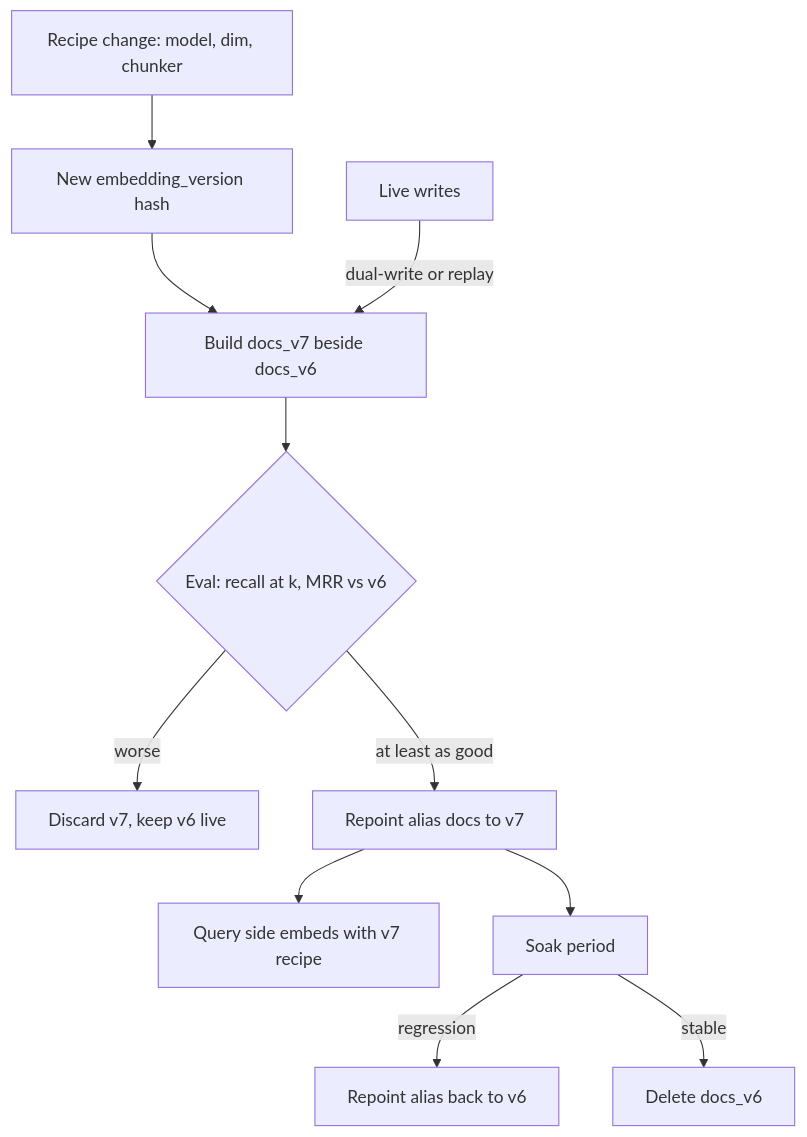
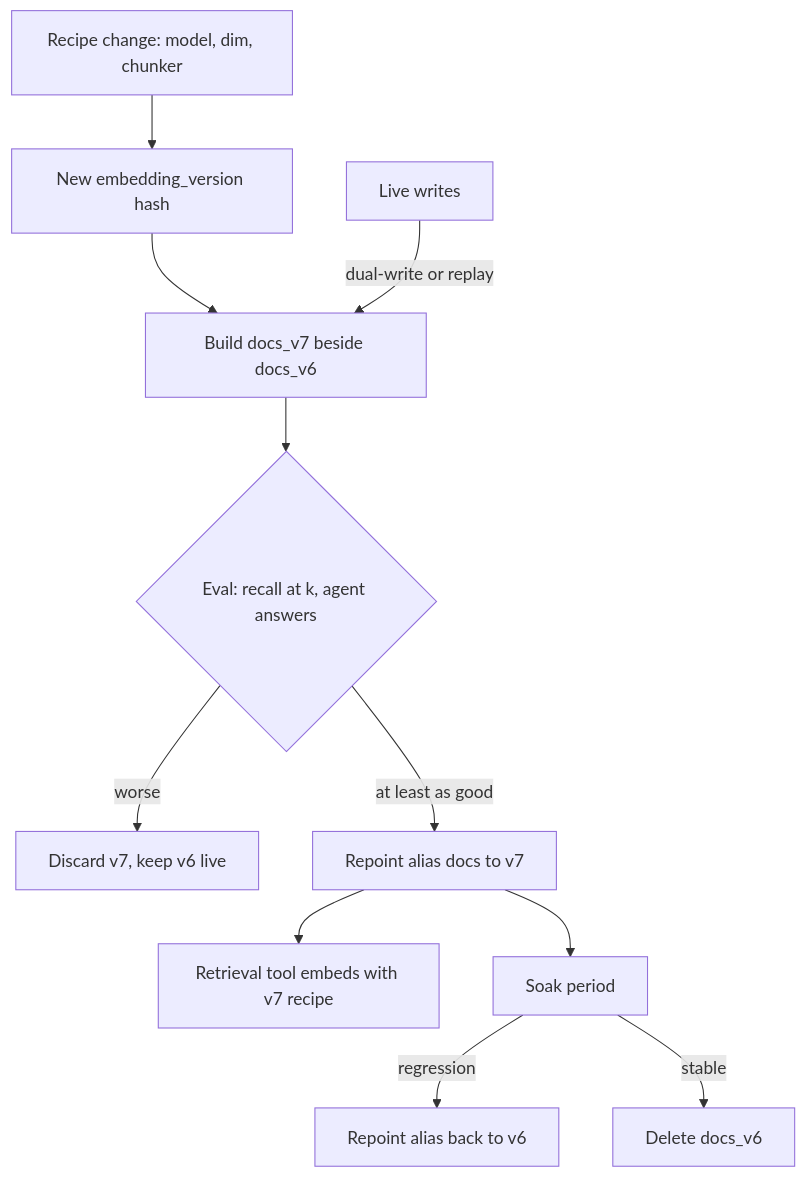
One commit to lovishmahajan97/agentic-learning changed the diagram in content/data-architecture/embedding-versioning-re-indexing-strategy.md. Above: the diagram before and after it, drawn with Mermaid. The commit also changed other lines of this file and 485 other files, not shown here.

````diff
--- a/content/data-architecture/embedding-versioning-re-indexing-strategy.md
+++ b/content/data-architecture/embedding-versioning-re-indexing-strategy.md
@@ -159,13 +174,13 @@
 ```mermaid
 flowchart TD
     R["Recipe change: model, dim, chunker"] --> V["New embedding_version hash"]
     V --> B["Build docs_v7 beside docs_v6"]
     L["Live writes"] -->|"dual-write or replay"| B
-    B --> E{"Eval: recall at k, MRR vs v6"}
+    B --> E{"Eval: recall at k, agent answers"}
     E -->|"worse"| X["Discard v7, keep v6 live"]
     E -->|"at least as good"| S["Repoint alias docs to v7"]
-    S --> Q["Query side embeds with v7 recipe"]
+    S --> Q["Retrieval tool embeds with v7 recipe"]
     S --> K["Soak period"]
     K -->|"regression"| RB["Repoint alias back to v6"]
     K -->|"stable"| D["Delete docs_v6"]
 ```
````
